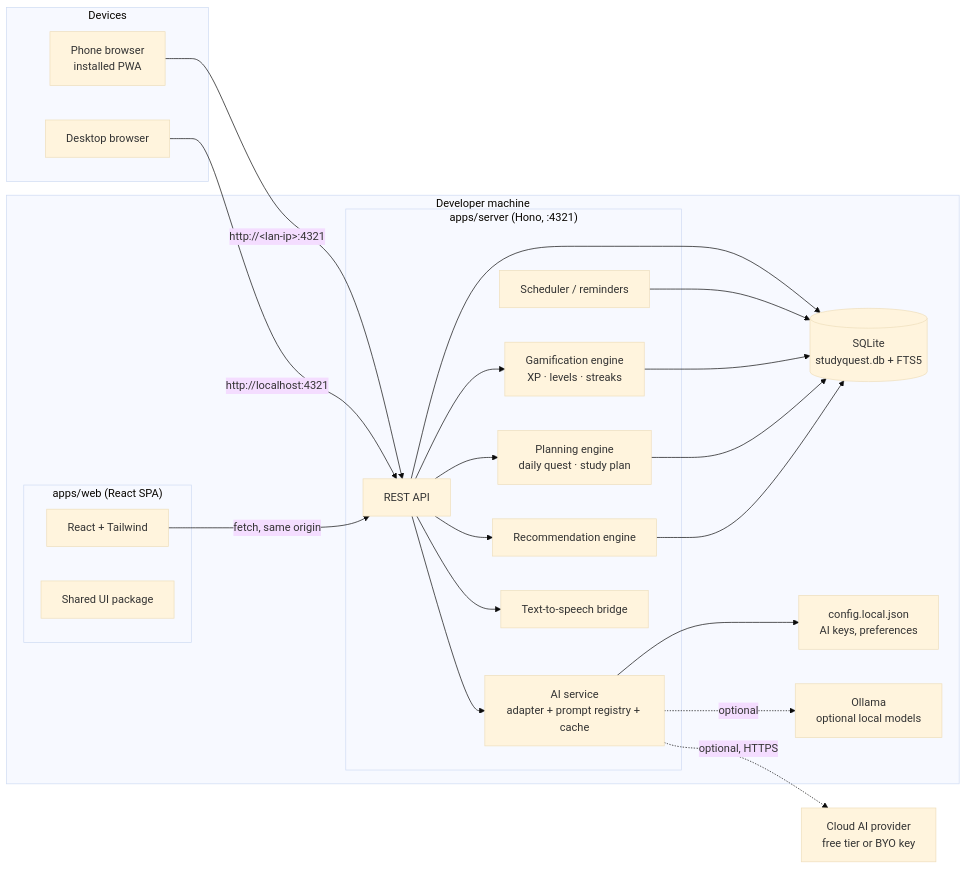
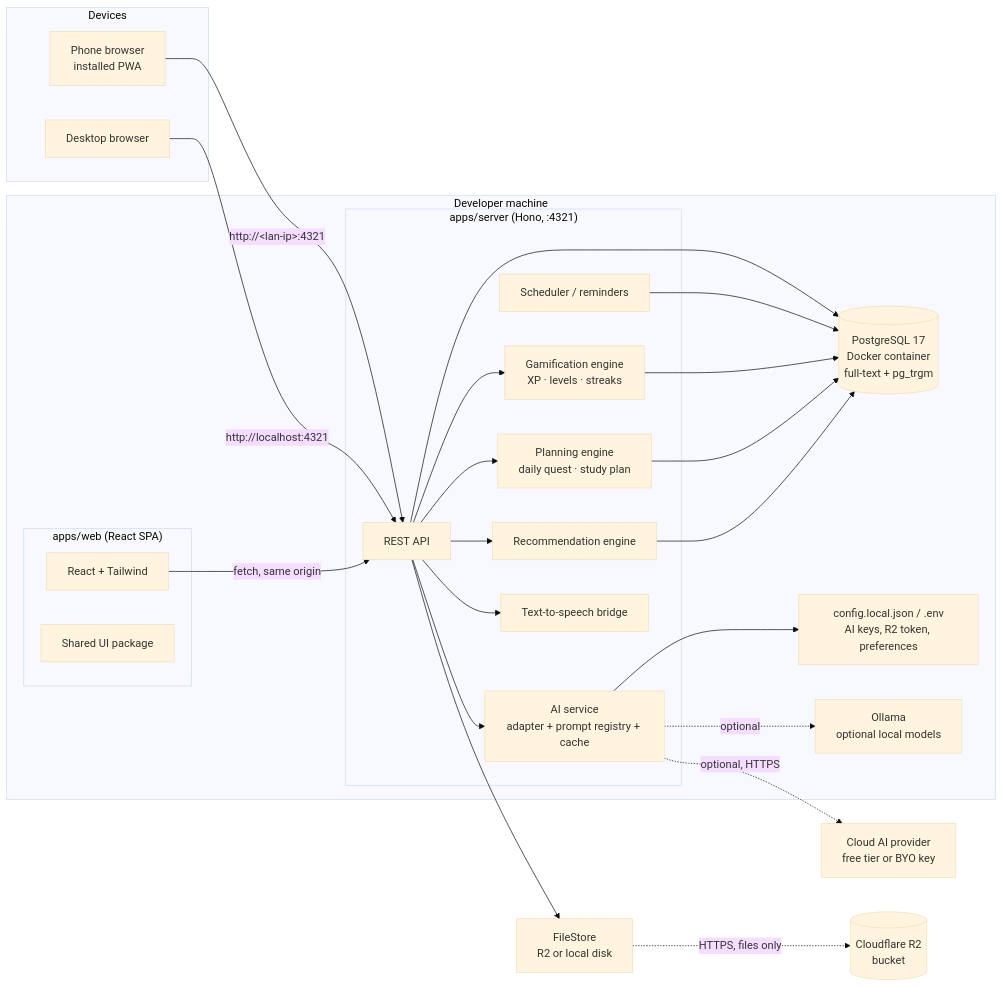
The first of 2 diagrams in docs/IMPLEMENTATION_PLAN.md (xdamarisdiamondx-hash/study-quest), drawn with Mermaid (base theme) before and after one commit. The commit also changed other lines of this file and 6 other files, not shown here.

First line of the commit message:
Decide stack: React+Vite, PostgreSQL in Docker, Better Auth, Cloudflare R2

````diff
--- a/docs/IMPLEMENTATION_PLAN.md
+++ b/docs/IMPLEMENTATION_PLAN.md
@@ -403,43 +435,45 @@
 ```mermaid
 flowchart LR
     subgraph Devices
       P[Phone browser<br/>installed PWA]
       D[Desktop browser]
     end
 
     subgraph "Developer machine"
       subgraph "apps/web (React SPA)"
         UI[React + Tailwind]
         TS[Shared UI package]
       end
       subgraph "apps/server (Hono, :4321)"
         API[REST API]
         SCH[Scheduler / reminders]
         AI[AI service<br/>adapter + prompt registry + cache]
         GAM[Gamification engine<br/>XP · levels · streaks]
         PLAN[Planning engine<br/>daily quest · study plan]
         REC[Recommendation engine]
         TTS[Text-to-speech bridge]
       end
-      DB[(SQLite<br/>studyquest.db + FTS5)]
-      CFG[config.local.json<br/>AI keys, preferences]
+      PG[(PostgreSQL 17<br/>Docker container<br/>full-text + pg_trgm)]
+      CFG[config.local.json / .env<br/>AI keys, R2 token, preferences]
       MODELS[Ollama<br/>optional local models]
     end
 
     P -->|http://&lt;lan-ip&gt;:4321| API
     D -->|http://localhost:4321| API
     UI -->|fetch, same origin| API
-    API --> DB
-    SCH --> DB
+    API --> PG
+    SCH --> PG
     API --> AI
     API --> GAM
     API --> PLAN
     API --> REC
     API --> TTS
+    API --> FS[FileStore<br/>R2 or local disk]
     AI --> CFG
     AI -.->|optional| MODELS
     AI -.->|optional, HTTPS| EXT[Cloud AI provider<br/>free tier or BYO key]
-    GAM --> DB
-    PLAN --> DB
-    REC --> DB
+    FS -.->|HTTPS, files only| R2[(Cloudflare R2<br/>bucket)]
+    GAM --> PG
+    PLAN --> PG
+    REC --> PG
 ```
````
